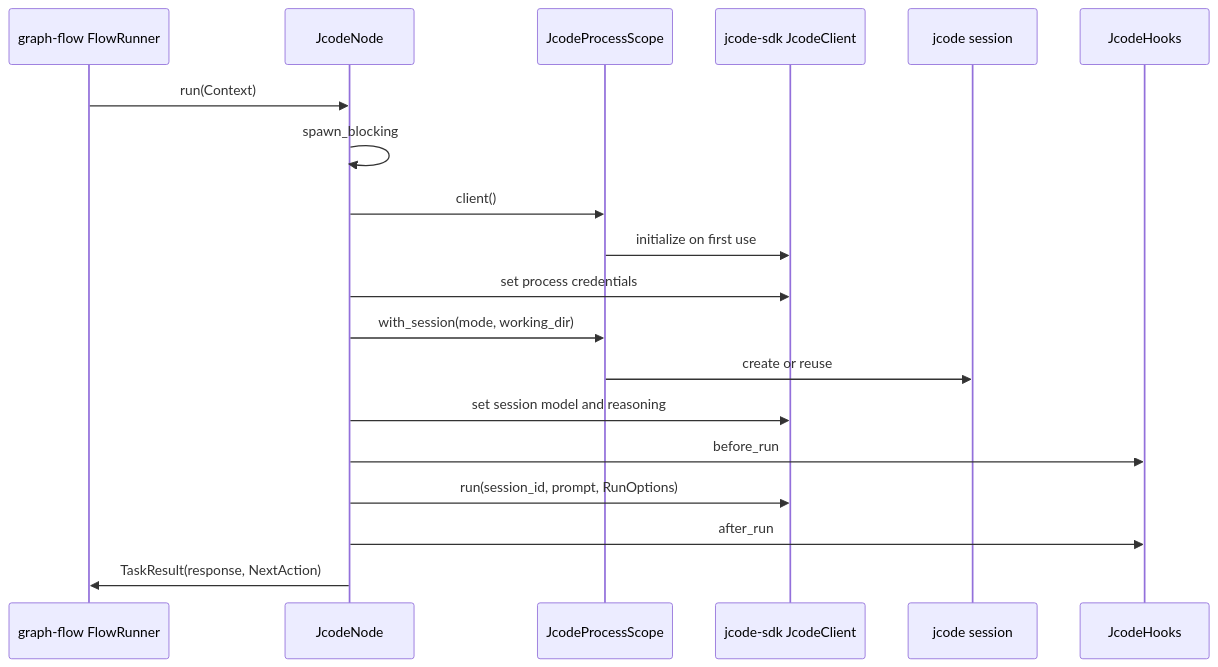
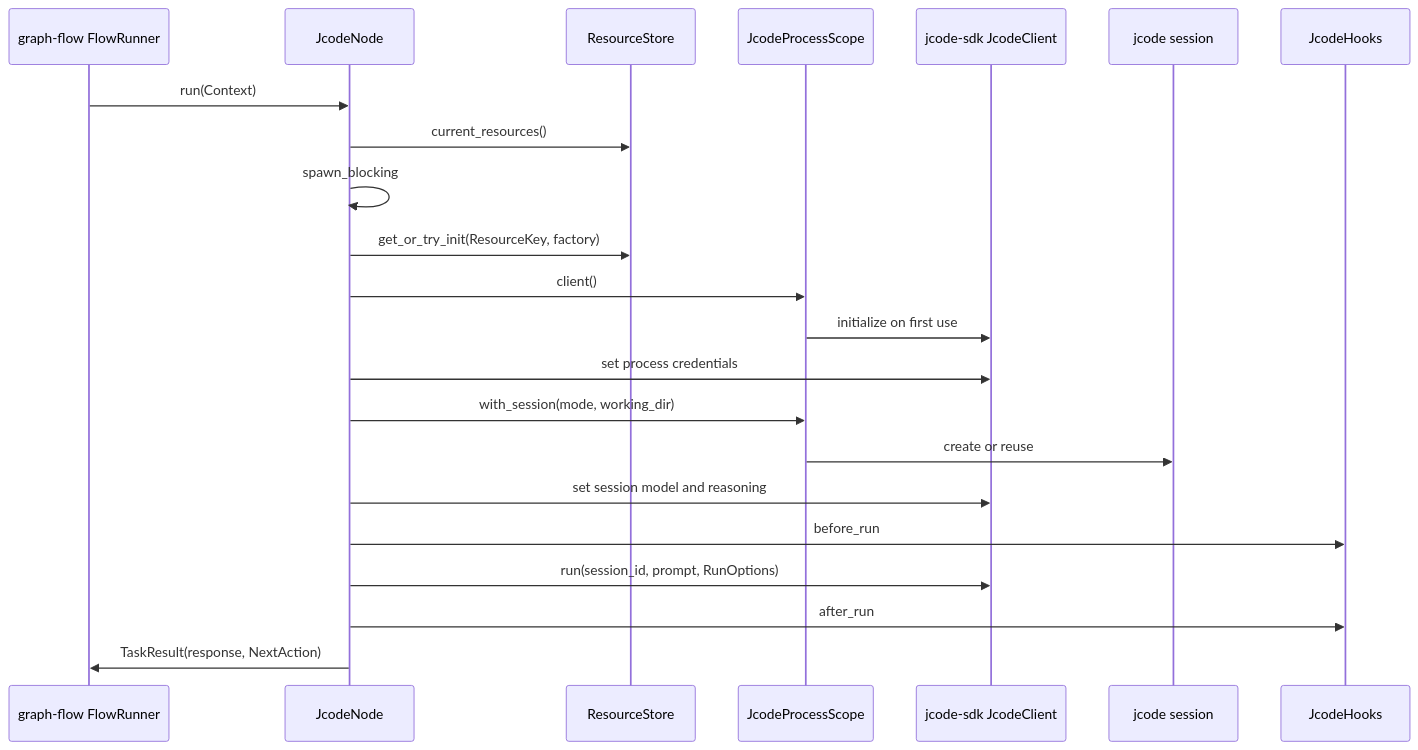
Before and after one commit to totto2727-org/flowdeck: the second of 2 diagrams in crates/graph-flow-jcode/docs/architecture.md, drawn with Mermaid. The commit also changed other lines of this file and 17 other files, not shown here.

````diff
--- a/crates/graph-flow-jcode/docs/architecture.md
+++ b/crates/graph-flow-jcode/docs/architecture.md
@@ -93,22 +95,25 @@
 ```mermaid
 sequenceDiagram
     participant Runner as graph-flow FlowRunner
     participant Node as JcodeNode
+    participant Store as ResourceStore
     participant Scope as JcodeProcessScope
     participant Client as jcode-sdk JcodeClient
     participant Session as jcode session
     participant Hooks as JcodeHooks
 
     Runner->>Node: run(Context)
+    Node->>Store: current_resources()
     Node->>Node: spawn_blocking
+    Node->>Store: get_or_try_init(ResourceKey, factory)
     Node->>Scope: client()
     Scope->>Client: initialize on first use
     Node->>Client: set process credentials
     Node->>Scope: with_session(mode, working_dir)
     Scope->>Session: create or reuse
     Node->>Client: set session model and reasoning
     Node->>Hooks: before_run
     Node->>Client: run(session_id, prompt, RunOptions)
     Node->>Hooks: after_run
     Node->>Runner: TaskResult(response, NextAction)
 ```
````
